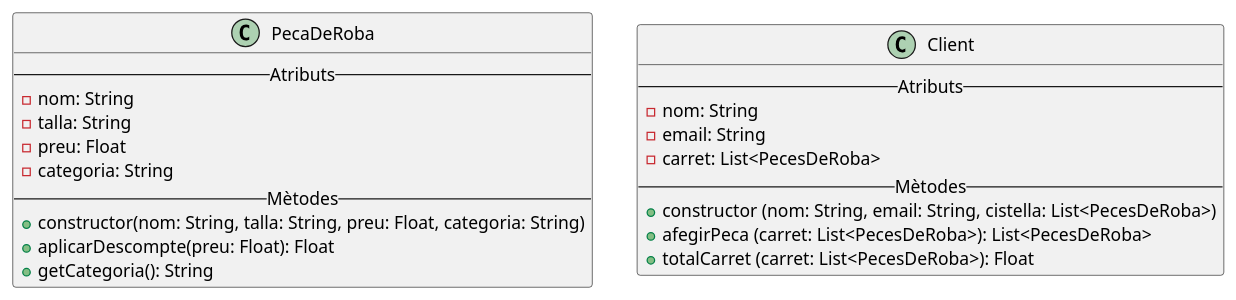
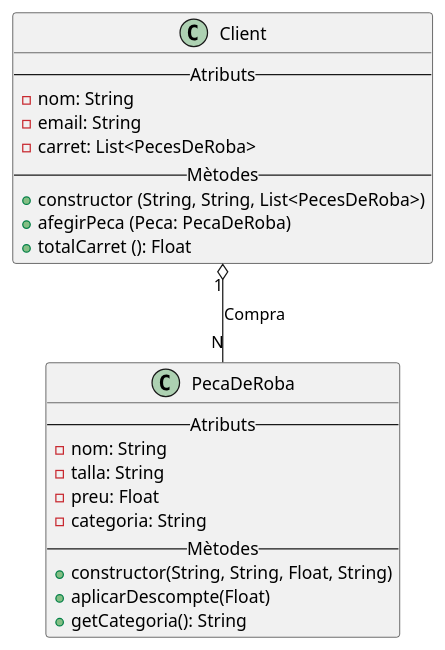
One commit to MarcBonamusa/DiagramesClasses changed the diagram in src/main/kotlin/uml/Exercici4.puml. Above: the diagram before and after it, drawn with PlantUML. The commit also changed 11 other files, not shown here.

```diff
--- a/src/main/kotlin/uml/Exercici4.puml
+++ b/src/main/kotlin/uml/Exercici4.puml
@@ -1,27 +1,29 @@
 @startuml
 'https://plantuml.com/class-diagram
 
 class PecaDeRoba {
     -- Atributs --
     - nom: String
     - talla: String
     - preu: Float
     - categoria: String
     -- Mètodes --
-    + constructor(nom: String, talla: String, preu: Float, categoria: String)
-    + aplicarDescompte(preu: Float): Float
+    + constructor(String, String, Float, String)
+    + aplicarDescompte(Float)
     + getCategoria(): String
 }
 
 class Client {
     -- Atributs --
     - nom: String
     - email: String
     - carret: List<PecesDeRoba>
     -- Mètodes --
-    + constructor (nom: String, email: String, cistella: List<PecesDeRoba>)
-    + afegirPeca (carret: List<PecesDeRoba>): List<PecesDeRoba>
-    + totalCarret (carret: List<PecesDeRoba>): Float
+    + constructor (String, String, List<PecesDeRoba>)
+    + afegirPeca (Peca: PecaDeRoba)
+    + totalCarret (): Float
 }
 
+Client "1" o-down- "N" PecaDeRoba: Compra
+
 @enduml
```
